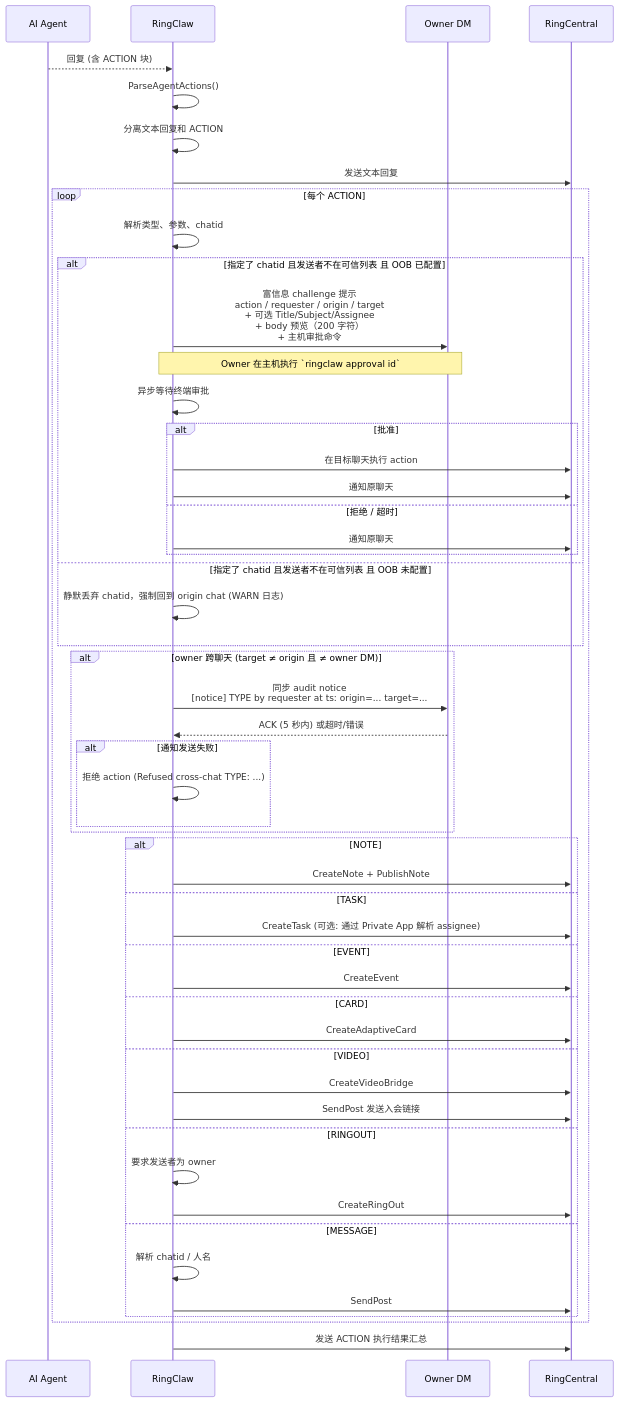
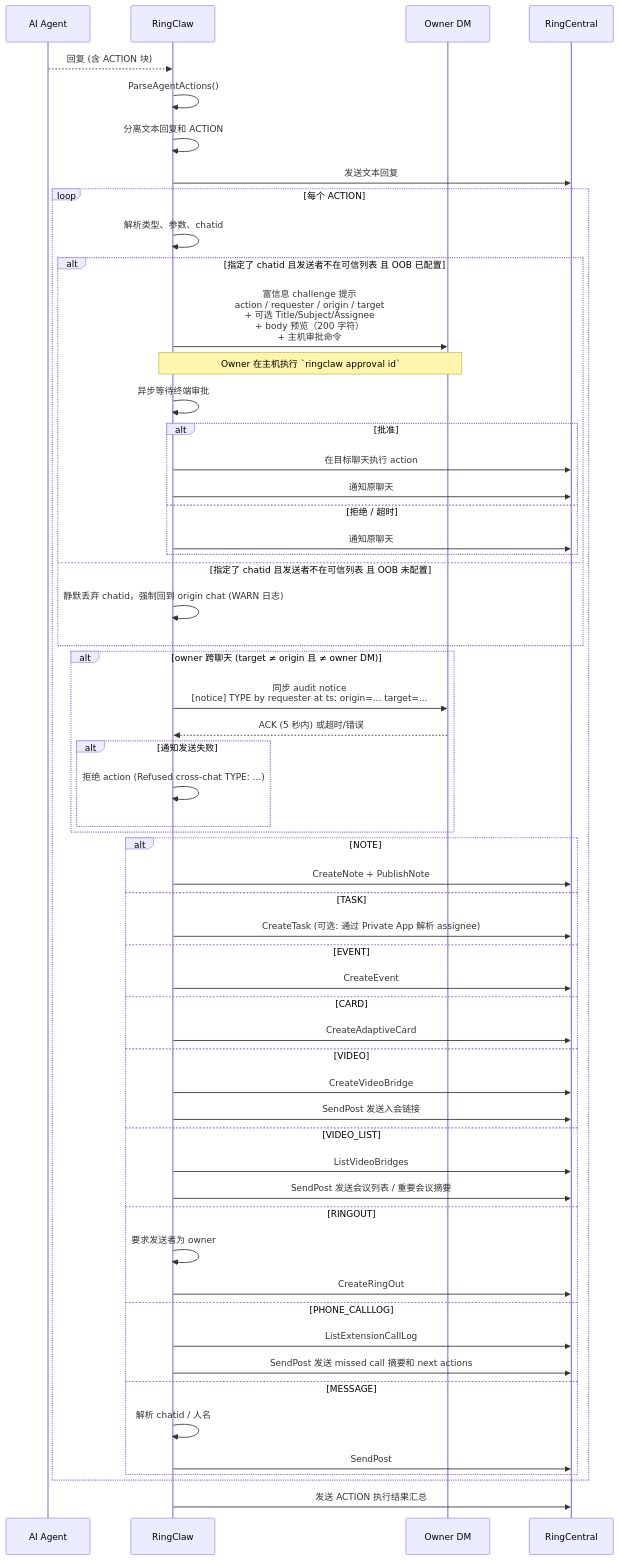
Before and after one commit to ringclaw/ringclaw: the diagram in docs/zh/features/actions.md, drawn with Mermaid. The commit also changed other lines of this file and 4 other files, not shown here.

Commit message:
docs: update video phone action wiki

````diff
--- a/docs/zh/features/actions.md
+++ b/docs/zh/features/actions.md
@@ -13,54 +13,60 @@
 ```mermaid
 sequenceDiagram
     participant AI as AI Agent
     participant R as RingClaw
     participant O as Owner DM
     participant RC as RingCentral
 
     AI-->>R: 回复 (含 ACTION 块)
     R->>R: ParseAgentActions()
     R->>R: 分离文本回复和 ACTION
     R->>RC: 发送文本回复
     loop 每个 ACTION
         R->>R: 解析类型、参数、chatid
         alt 指定了 chatid 且发送者不在可信列表 且 OOB 已配置
             R->>O: 富信息 challenge 提示<br/>action / requester / origin / target<br/>+ 可选 Title/Subject/Assignee<br/>+ body 预览（200 字符）<br/>+ 主机审批命令
             Note over O,R: Owner 在主机执行 `ringclaw approval id`
             R->>R: 异步等待终端审批
             alt 批准
                 R->>RC: 在目标聊天执行 action
                 R->>RC: 通知原聊天
             else 拒绝 / 超时
                 R->>RC: 通知原聊天
             end
         else 指定了 chatid 且发送者不在可信列表 且 OOB 未配置
             R->>R: 静默丢弃 chatid，强制回到 origin chat (WARN 日志)
         end
         alt owner 跨聊天 (target ≠ origin 且 ≠ owner DM)
             R->>O: 同步 audit notice<br/>[notice] TYPE by requester at ts: origin=... target=...
             O-->>R: ACK (5 秒内) 或超时/错误
             alt 通知发送失败
                 R->>R: 拒绝 action (Refused cross-chat TYPE: ...)
             end
         end
         alt NOTE
             R->>RC: CreateNote + PublishNote
         else TASK
             R->>RC: CreateTask (可选: 通过 Private App 解析 assignee)
         else EVENT
             R->>RC: CreateEvent
         else CARD
             R->>RC: CreateAdaptiveCard
         else VIDEO
             R->>RC: CreateVideoBridge
             R->>RC: SendPost 发送入会链接
+        else VIDEO_LIST
+            R->>RC: ListVideoBridges
+            R->>RC: SendPost 发送会议列表 / 重要会议摘要
         else RINGOUT
             R->>R: 要求发送者为 owner
             R->>RC: CreateRingOut
+        else PHONE_CALLLOG
+            R->>RC: ListExtensionCallLog
+            R->>RC: SendPost 发送 missed call 摘要和 next actions
         else MESSAGE
             R->>R: 解析 chatid / 人名
             R->>RC: SendPost
         end
     end
     R->>RC: 发送 ACTION 执行结果汇总
 ```
````
